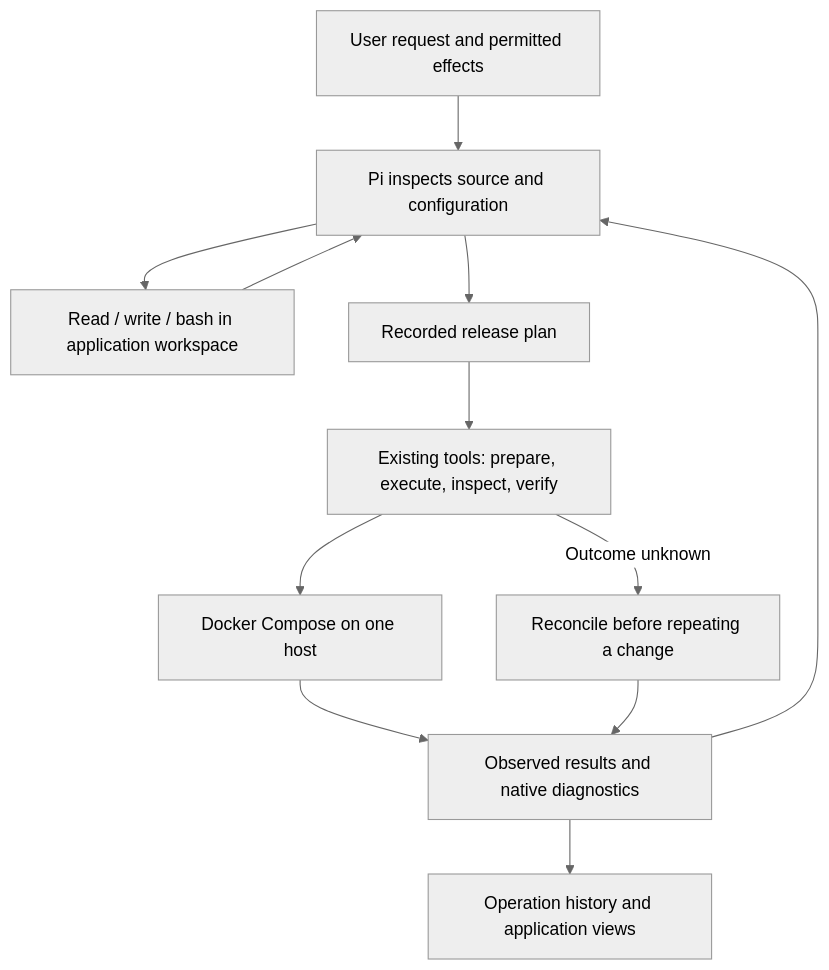
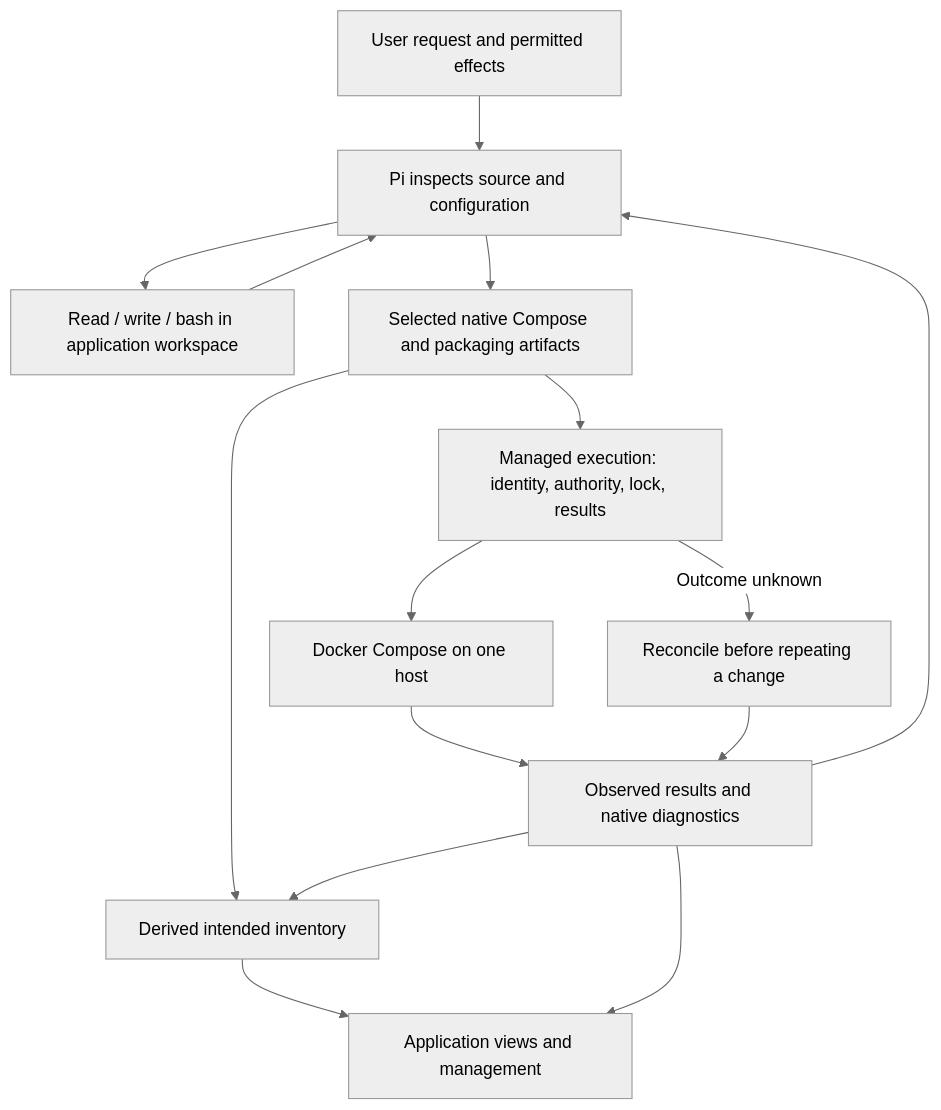
The diagram in docs/architecture/requirements-driven-deployment.md (lustoykov/hallvi), drawn with Mermaid (neutral theme) before and after one commit. The commit also changed other lines of this file and 17 other files, not shown here.

Commit message:
Enable Pi native tools in per-run workspaces and prove native Compose preparation

````diff
--- a/docs/architecture/requirements-driven-deployment.md
+++ b/docs/architecture/requirements-driven-deployment.md
@@ -45,14 +72,17 @@
 ```mermaid
 flowchart TD
   U[User request and permitted effects] --> P[Pi inspects source and configuration]
   P --> W[Read / write / bash in application workspace]
   W --> P
-  P --> R[Recorded release plan]
-  R --> T[Existing tools: prepare, execute, inspect, verify]
+  P --> R[Selected native Compose and packaging artifacts]
+  R --> T[Managed execution: identity, authority, lock, results]
   T --> C[Docker Compose on one host]
   C --> O[Observed results and native diagnostics]
   O --> P
-  O --> H[Operation history and application views]
+  R --> I[Derived intended inventory]
+  O --> I
+  I --> H[Application views and management]
+  O --> H
   T -->|Outcome unknown| Q[Reconcile before repeating a change]
   Q --> O
 ```
````
